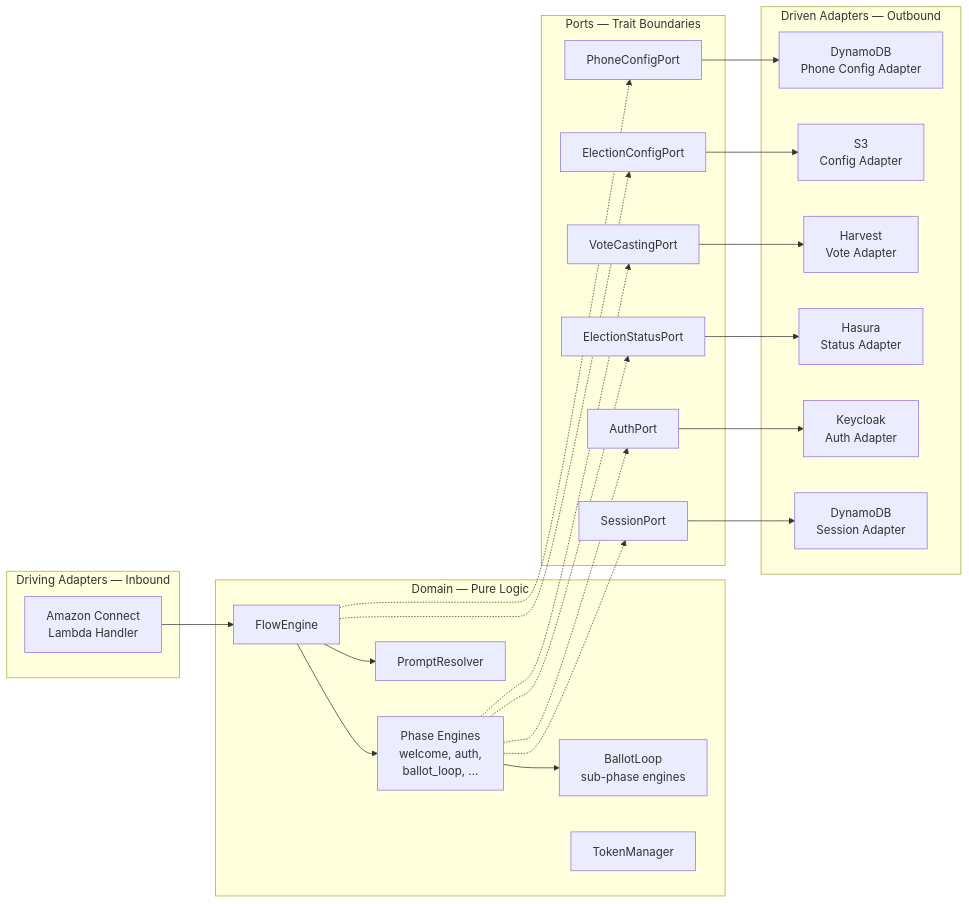
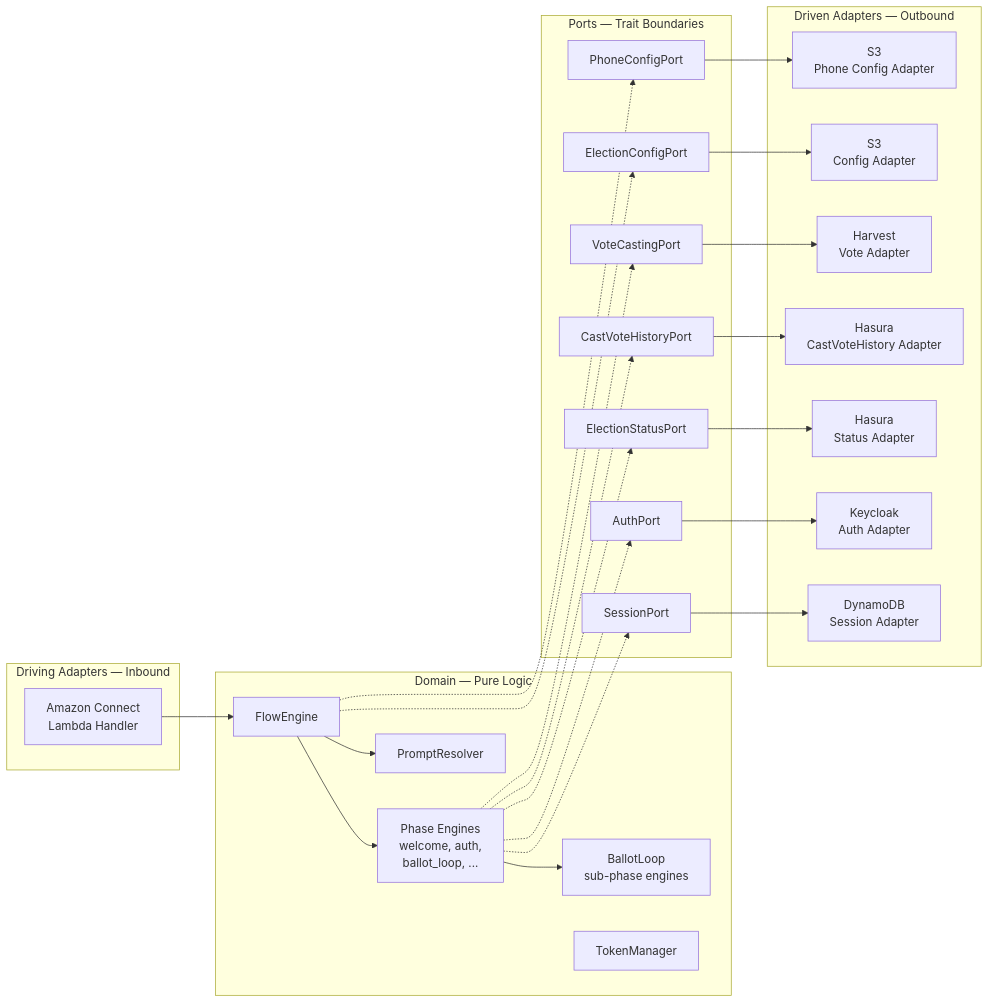
The fifth of 13 diagrams in docs/docusaurus/docs/07-developers/12-ivr/ivr-system-design.md (sequentech/step), drawn with Mermaid before and after one commit. The commit also changed other lines of this file, not shown here.

````diff
--- a/docs/docusaurus/docs/07-developers/12-ivr/ivr-system-design.md
+++ b/docs/docusaurus/docs/07-developers/12-ivr/ivr-system-design.md
@@ -342,51 +366,55 @@
 ```mermaid
 flowchart LR
     subgraph Adapters_In [Driving Adapters — Inbound]
         ConnectAdapter[Amazon Connect<br/>Lambda Handler]
     end
 
     subgraph Domain [Domain — Pure Logic]
         FlowEngine[FlowEngine]
         PhaseEngines[Phase Engines<br/>welcome, auth,<br/>ballot_loop, ...]
         BallotLoop[BallotLoop<br/>sub-phase engines]
         PromptResolver[PromptResolver]
         TokenManager[TokenManager]
     end
 
     subgraph Ports [Ports — Trait Boundaries]
         SessionPort[SessionPort]
         AuthPort[AuthPort]
         ElectionConfigPort[ElectionConfigPort]
         ElectionStatusPort[ElectionStatusPort]
+        CastVoteHistoryPort[CastVoteHistoryPort]
         VoteCastingPort[VoteCastingPort]
         PhoneConfigPort[PhoneConfigPort]
     end
 
     subgraph Adapters_Out [Driven Adapters — Outbound]
         DynamoSession[DynamoDB<br/>Session Adapter]
         KeycloakAuth[Keycloak<br/>Auth Adapter]
         S3Config[S3<br/>Config Adapter]
         HasuraStatus[Hasura<br/>Status Adapter]
+        HasuraCastVoteHistory[Hasura<br/>CastVoteHistory Adapter]
         HarvestVote[Harvest<br/>Vote Adapter]
-        DynamoPhone[DynamoDB<br/>Phone Config Adapter]
+        S3Phone[S3<br/>Phone Config Adapter]
     end
 
     ConnectAdapter --> FlowEngine
     FlowEngine --> PhaseEngines
     PhaseEngines --> BallotLoop
     FlowEngine --> PromptResolver
 
     PhaseEngines -.-> SessionPort
     PhaseEngines -.-> AuthPort
     PhaseEngines -.-> ElectionStatusPort
+    PhaseEngines -.-> CastVoteHistoryPort
     PhaseEngines -.-> VoteCastingPort
     FlowEngine -.-> ElectionConfigPort
     FlowEngine -.-> PhoneConfigPort
 
     SessionPort --> DynamoSession
     AuthPort --> KeycloakAuth
     ElectionConfigPort --> S3Config
     ElectionStatusPort --> HasuraStatus
+    CastVoteHistoryPort --> HasuraCastVoteHistory
     VoteCastingPort --> HarvestVote
-    PhoneConfigPort --> DynamoPhone
+    PhoneConfigPort --> S3Phone
 ```
````
